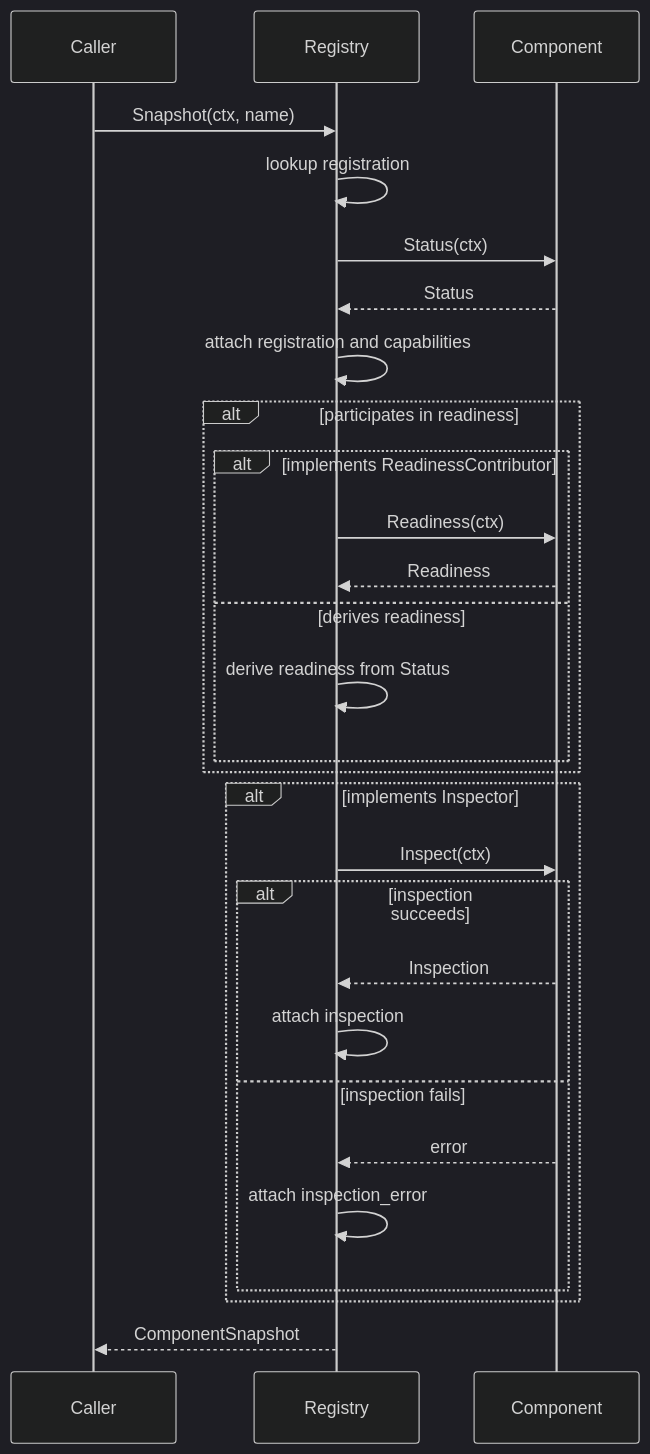
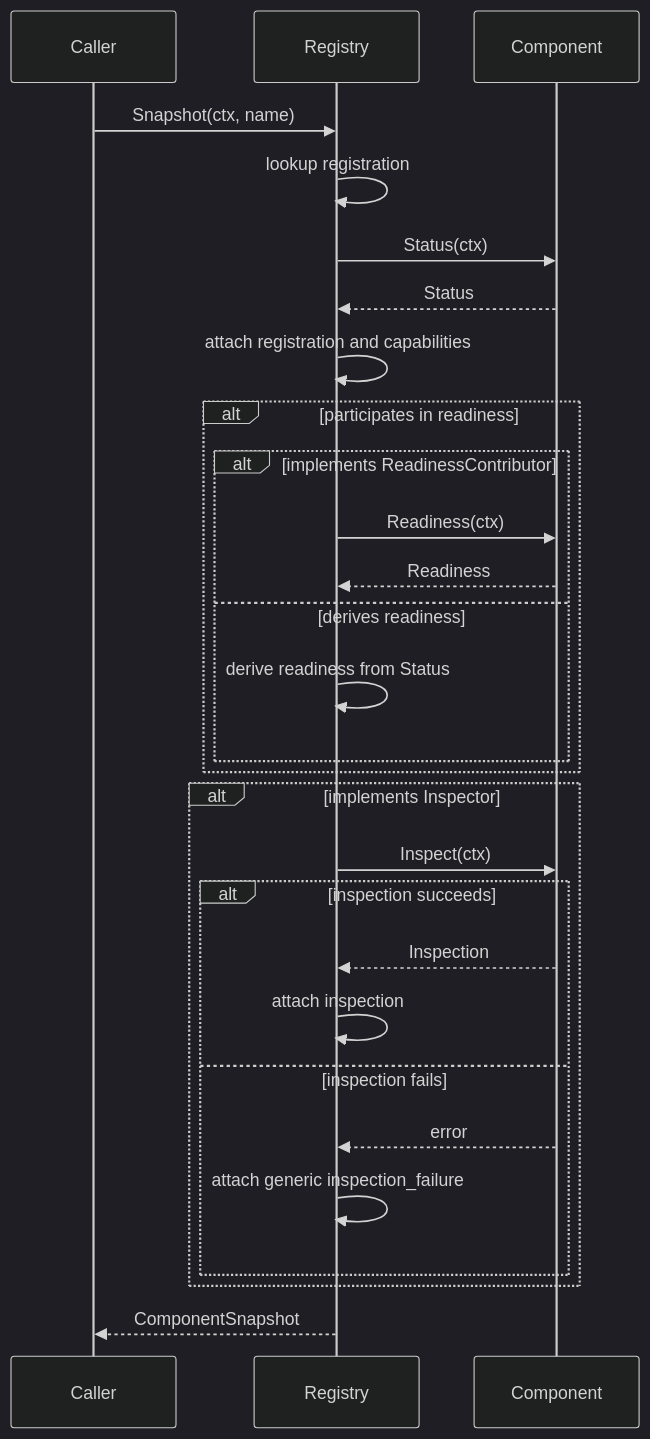
Before and after one commit to jaredjakacky/opskit: the fourth of 4 diagrams in docs/design.md, drawn with Mermaid (dark theme). The commit also changed other lines of this file and 18 other files, not shown here.

````diff
--- a/docs/design.md
+++ b/docs/design.md
@@ -463,34 +463,34 @@
 ```mermaid
 sequenceDiagram
   participant Caller
   participant Registry
   participant Component
 
   Caller->>Registry: Snapshot(ctx, name)
   Registry->>Registry: lookup registration
   Registry->>Component: Status(ctx)
   Component-->>Registry: Status
   Registry->>Registry: attach registration and capabilities
 
   alt participates in readiness
     alt implements ReadinessContributor
       Registry->>Component: Readiness(ctx)
       Component-->>Registry: Readiness
     else derives readiness
       Registry->>Registry: derive readiness from Status
     end
   end
 
   alt implements Inspector
     Registry->>Component: Inspect(ctx)
     alt inspection succeeds
       Component-->>Registry: Inspection
       Registry->>Registry: attach inspection
     else inspection fails
       Component-->>Registry: error
-      Registry->>Registry: attach inspection_error
+      Registry->>Registry: attach generic inspection_failure
     end
   end
 
   Registry-->>Caller: ComponentSnapshot
 ```
````
